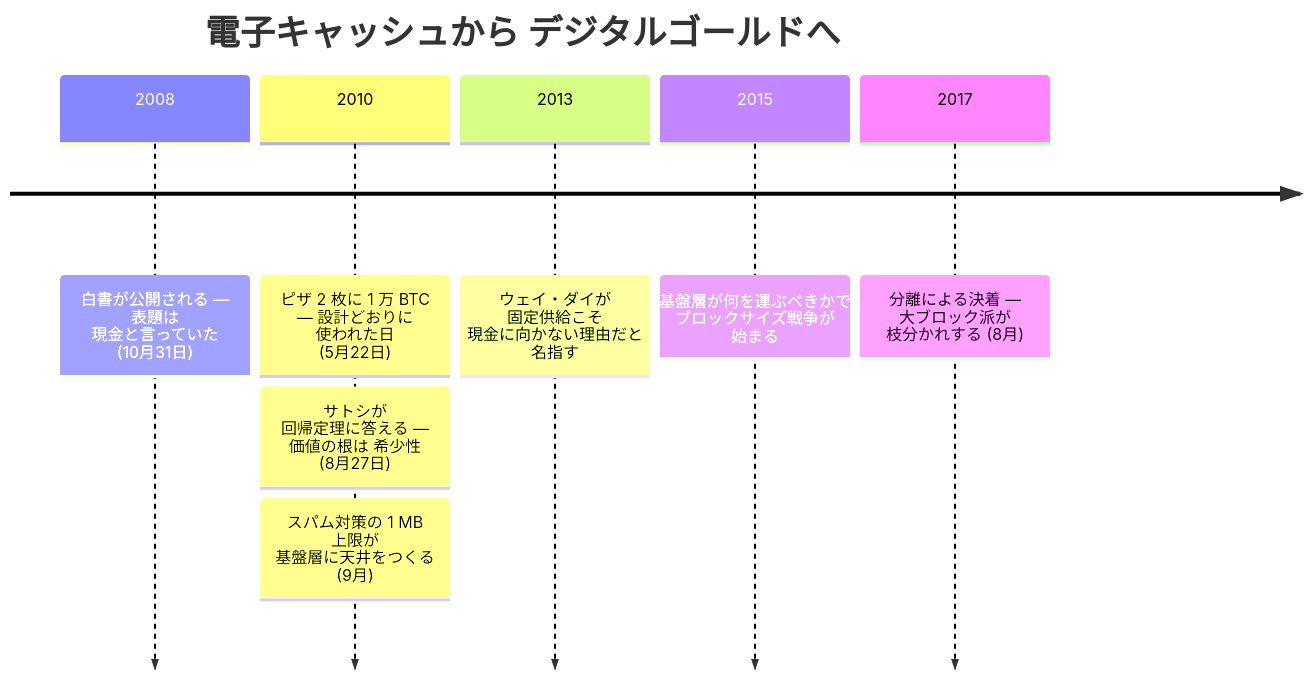
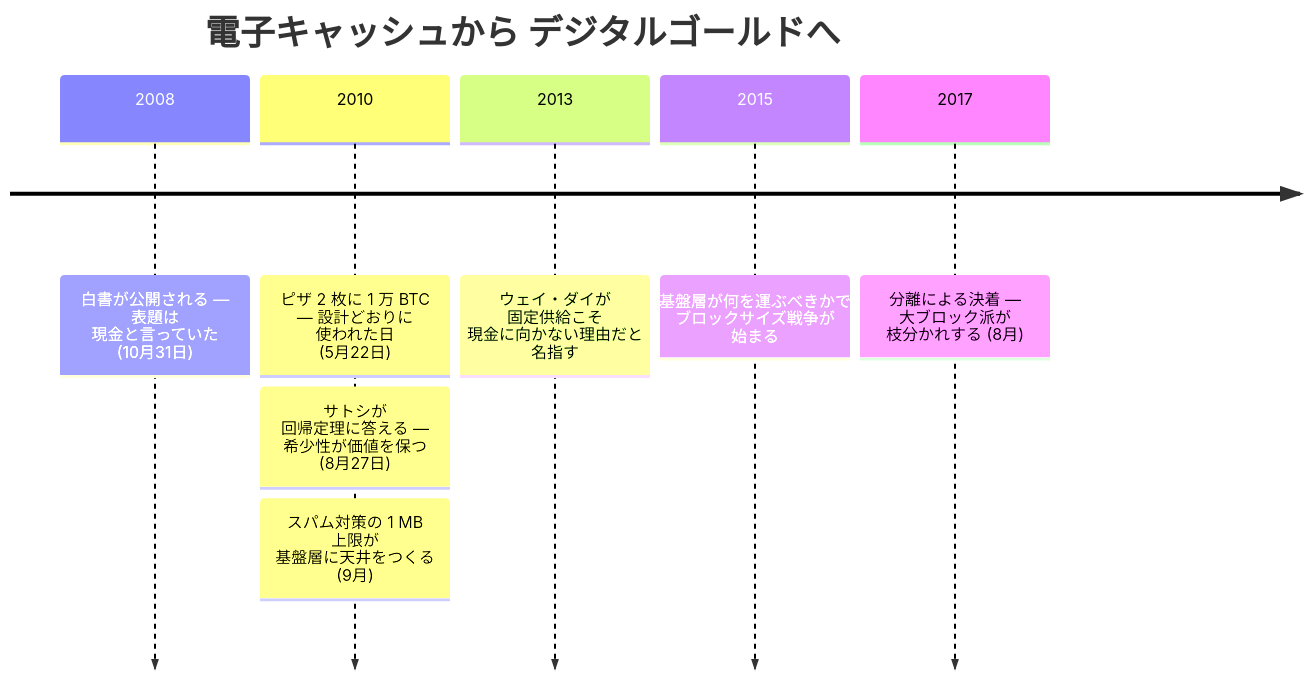
One commit to cypher256/BitcoinArchive changed the diagram in src/data/translations/ja/analysis/2008-10-31-bitcoin-electronic-cash-vs-digital-gold.md. Above: the diagram before and after it, drawn with Mermaid. The commit also changed other lines of this file and 1 other file, not shown here.

Commit message:
Fix scarcity-as-value-origin overclaim in electronic-cash-vs-digital-gold
The topic-583 quote lists foreseen exchange usefulness, collectors,
and "any random reason" as candidate origins of value; it never
names scarcity as the origin. Corrects "the root of value is
scarcity" to scarcity as what sustains value once it exists, not
what creates it (body prose and the mermaid timeline label, EN+JA).

````diff
--- a/src/data/translations/ja/analysis/2008-10-31-bitcoin-electronic-cash-vs-digital-gold.md
+++ b/src/data/translations/ja/analysis/2008-10-31-bitcoin-electronic-cash-vs-digital-gold.md
@@ -88,17 +88,17 @@
 ```mermaid
 timeline
     title 電子キャッシュから デジタルゴールドへ
     2008 : 白書が公開される — 表題は 現金と言っていた (10月31日)
     %% link: /BitcoinArchive/ja/entries/emails/cryptography/2008-10-31-bitcoin-whitepaper-final/
     2010 : ピザ 2 枚に 1 万 BTC — 設計どおりに 使われた日 (5月22日)
     %% link: /BitcoinArchive/ja/entries/aftermath/2010-05-22-bitcoin-pizza-day/
-         : サトシが 回帰定理に答える — 価値の根は 希少性 (8月27日)
+         : サトシが 回帰定理に答える — 希少性が価値を保つ (8月27日)
     %% link: /BitcoinArchive/ja/entries/forum/bitcointalk/topic-583/2010-08-27-re-bitcoin-does-not-violate-mises-regression-theorem/
          : スパム対策の 1 MB 上限が 基盤層に天井をつくる (9月)
     2013 : ウェイ・ダイが 固定供給こそ 現金に向かない理由だと 名指す
     %% link: /BitcoinArchive/ja/entries/analysis/2008-10-31-fixed-supply-vs-adjustable-money/
     2015 : 基盤層が何を運ぶべきかで ブロックサイズ戦争が 始まる
     %% link: /BitcoinArchive/ja/entries/analysis/2015-08-15-block-size-war-2015-2017-overview/
     2017 : 分離による決着 — 大ブロック派が 枝分かれする (8月)
     %% link: /BitcoinArchive/ja/entries/aftermath/2017-08-01-bitcoin-cash-fork/
 ```
````
